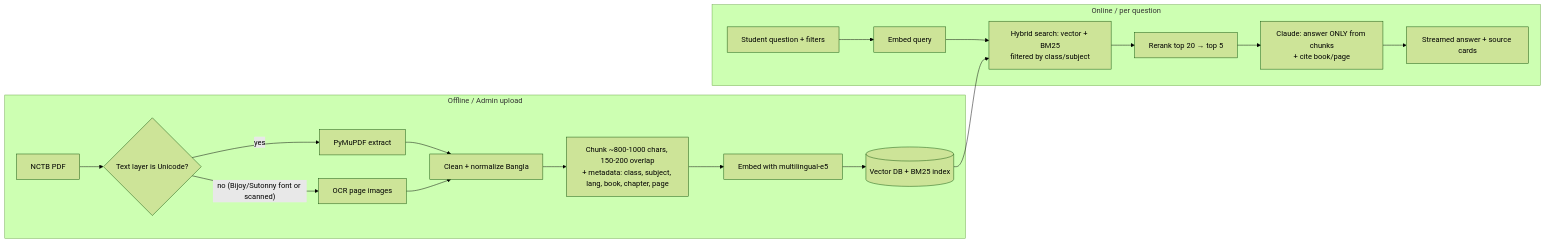
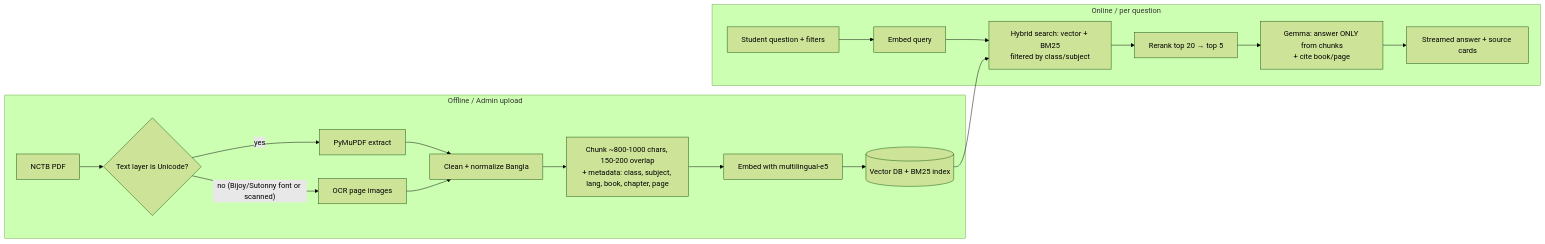
The diagram in PROJECT_GUIDELINE.md (AniruddhoRoy/Hackathon_project), drawn with Mermaid (forest theme) before and after one commit. The commit also changed other lines of this file and 8 other files, not shown here.

````diff
--- a/PROJECT_GUIDELINE.md
+++ b/PROJECT_GUIDELINE.md
@@ -59,22 +59,22 @@
 ```mermaid
 flowchart LR
     subgraph Ingestion [Offline / Admin upload]
         A[NCTB PDF] --> B{Text layer is Unicode?}
         B -- yes --> C[PyMuPDF extract]
         B -- "no (Bijoy/Sutonny font or scanned)" --> D[OCR page images]
         C --> E[Clean + normalize Bangla]
         D --> E
         E --> F[Chunk ~800-1000 chars, 150-200 overlap<br/>+ metadata: class, subject, lang, book, chapter, page]
         F --> G[Embed with multilingual-e5]
         G --> H[(Vector DB + BM25 index)]
     end
 
     subgraph Query [Online / per question]
         Q[Student question + filters] --> R[Embed query]
         R --> S[Hybrid search: vector + BM25<br/>filtered by class/subject]
         H --> S
         S --> T[Rerank top 20 → top 5]
-        T --> U[Claude: answer ONLY from chunks<br/>+ cite book/page]
+        T --> U[Gemma: answer ONLY from chunks<br/>+ cite book/page]
         U --> V[Streamed answer + source cards]
     end
 ```
````
